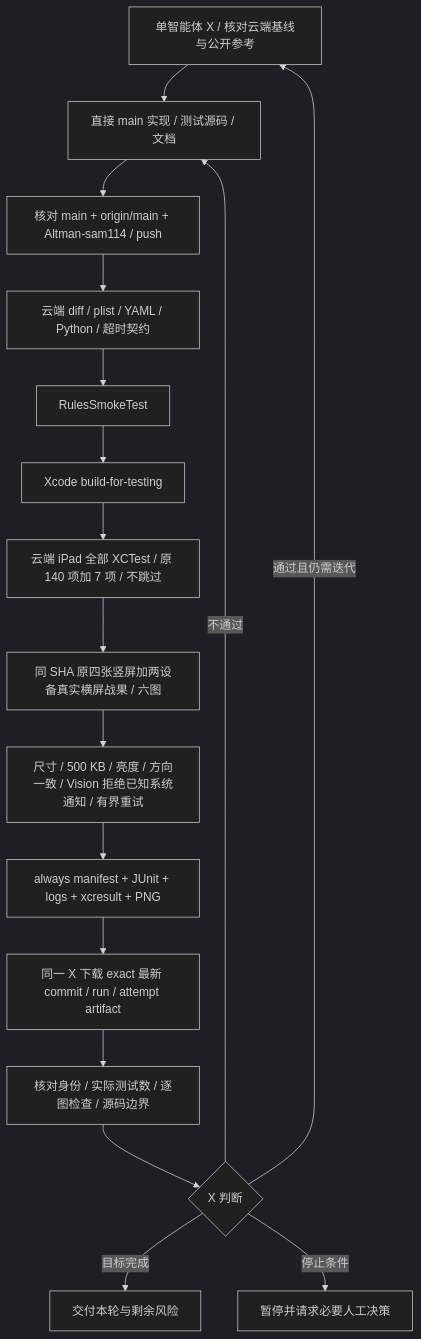
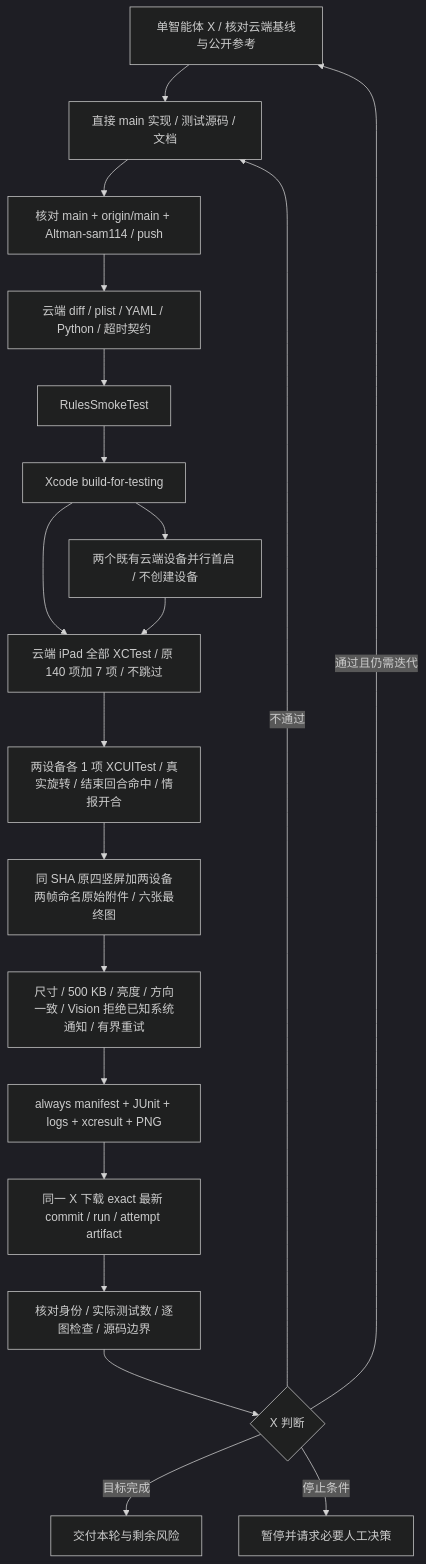
Before and after one commit to Altman-sam114/116: the third of 3 diagrams in md/flow/flowchart.md, drawn with Mermaid (dark theme). The commit also changed other lines of this file and 14 other files, not shown here.

````diff
--- a/md/flow/flowchart.md
+++ b/md/flow/flowchart.md
@@ -63,19 +63,22 @@
 ```mermaid
 flowchart TD
     X[单智能体 X / 核对云端基线与公开参考] --> Implement[直接 main 实现 / 测试源码 / 文档]
     Implement --> Push[核对 main + origin/main + Altman-sam114 / push]
     Push --> Static[云端 diff / plist / YAML / Python / 超时契约]
     Static --> Smoke[RulesSmokeTest]
     Smoke --> Build[Xcode build-for-testing]
     Build --> XCTest[云端 iPad 全部 XCTest / 原 140 项加 7 项 / 不跳过]
-    XCTest --> Six[同 SHA 原四张竖屏加两设备真实横屏战果 / 六图]
+    Build --> Boot[两个既有云端设备并行首启 / 不创建设备]
+    Boot --> XCTest
+    XCTest --> UI[两设备各 1 项 XCUITest / 真实旋转 / 结束回合命中 / 情报开合]
+    UI --> Six[同 SHA 原四竖屏加两设备两帧命名原始附件 / 六张最终图]
     Six --> Gates[尺寸 / 500 KB / 亮度 / 方向一致 / Vision 拒绝已知系统通知 / 有界重试]
     Gates --> Package[always manifest + JUnit + logs + xcresult + PNG]
     Package --> Download[同一 X 下载 exact 最新 commit / run / attempt artifact]
     Download --> Review[核对身份 / 实际测试数 / 逐图检查 / 源码边界]
     Review --> Decision{X 判断}
     Decision -->|通过且仍需迭代| X
     Decision -->|不通过| Implement
     Decision -->|目标完成| Done[交付本轮与剩余风险]
     Decision -->|停止条件| Stop[暂停并请求必要人工决策]
 ```
````
